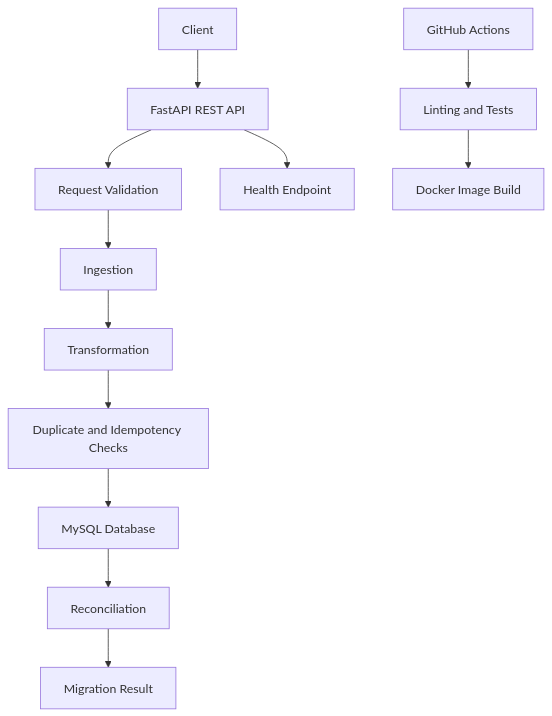
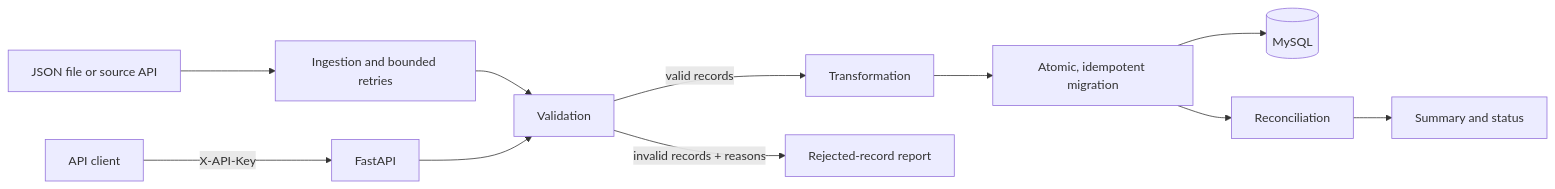
One commit to swapnilpawar0204/billing-data-migration-pipeline changed the diagram in README.md. Above: the diagram before and after it, drawn with Mermaid. The commit also changed other lines of this file and 37 other files, not shown here.

````diff
--- a/README.md
+++ b/README.md
@@ -23,14 +23,13 @@
 ```mermaid
-flowchart TD
-    A[Client] --> B[FastAPI REST API]
-    B --> C[Request Validation]
-    C --> D[Ingestion]
-    D --> E[Transformation]
-    E --> F[Duplicate and Idempotency Checks]
-    F --> G[MySQL Database]
-    G --> H[Reconciliation]
-    H --> I[Migration Result]
-    B --> J[Health Endpoint]
-    K[GitHub Actions] --> L[Linting and Tests]
-    L --> M[Docker Image Build]
+flowchart LR
+    SRC[JSON file or source API] --> ING[Ingestion and bounded retries]
+    CLIENT[API client] -->|X-API-Key| API[FastAPI]
+    ING --> VAL[Validation]
+    API --> VAL
+    VAL -->|valid records| TR[Transformation]
+    VAL -->|invalid records + reasons| REJ[Rejected-record report]
+    TR --> MIG[Atomic, idempotent migration]
+    MIG --> DB[(MySQL)]
+    MIG --> REC[Reconciliation]
+    REC --> OUT[Summary and status]
 ```
````
